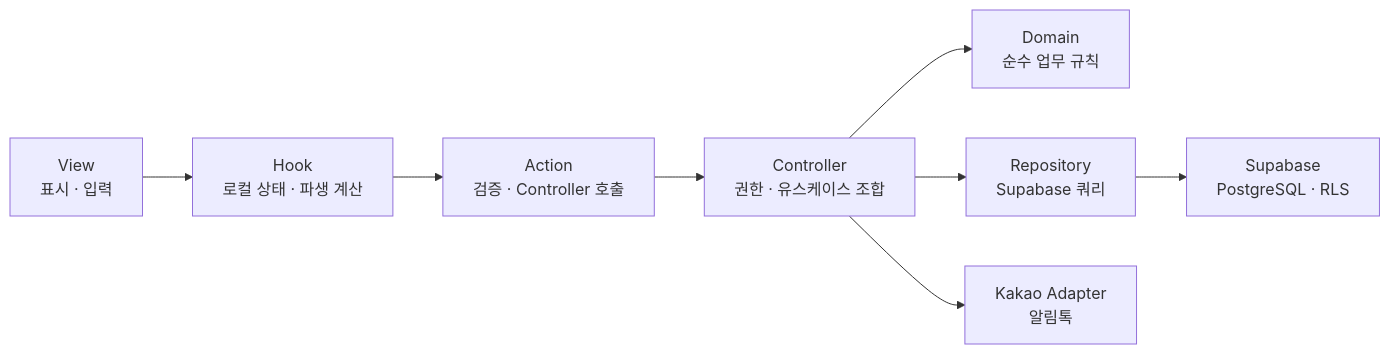
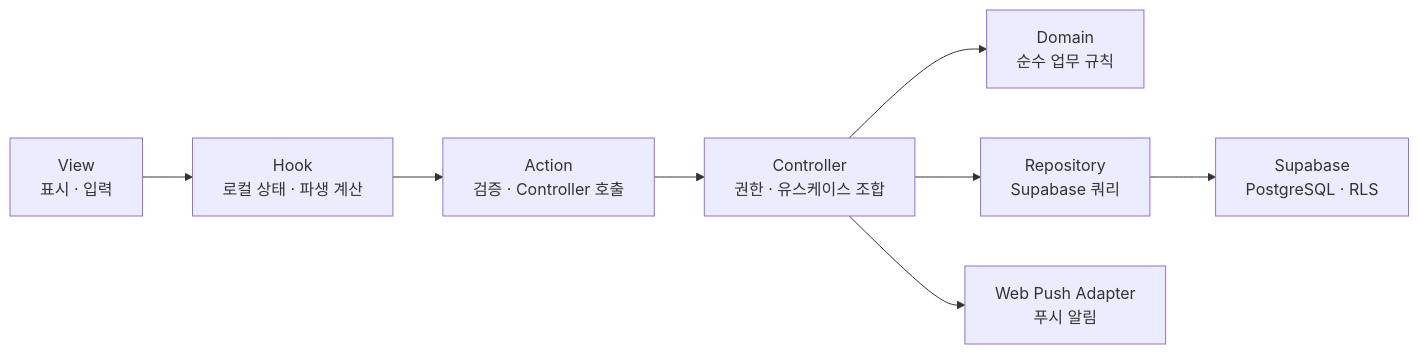
Before and after one commit to dv-yeop920/Lavi-crew: the diagram in docs/conventions/architecture-boundaries.md, drawn with Mermaid. The commit also changed 60 other files, not shown here.

First line of the commit message:
feat: replace Kakao Alimtalk with Web Push (VAPID) notification system

````diff
--- a/docs/conventions/architecture-boundaries.md
+++ b/docs/conventions/architecture-boundaries.md
@@ -7,10 +7,10 @@
 ```mermaid
 flowchart LR
   V["View<br/>표시 · 입력"] --> H["Hook<br/>로컬 상태 · 파생 계산"]
   H --> A["Action<br/>검증 · Controller 호출"]
   A --> C["Controller<br/>권한 · 유스케이스 조합"]
   C --> D["Domain<br/>순수 업무 규칙"]
   C --> R["Repository<br/>Supabase 쿼리"]
   R --> S["Supabase<br/>PostgreSQL · RLS"]
-  C --> K["Kakao Adapter<br/>알림톡"]
+  C --> K["Web Push Adapter<br/>푸시 알림"]
 ```
````
